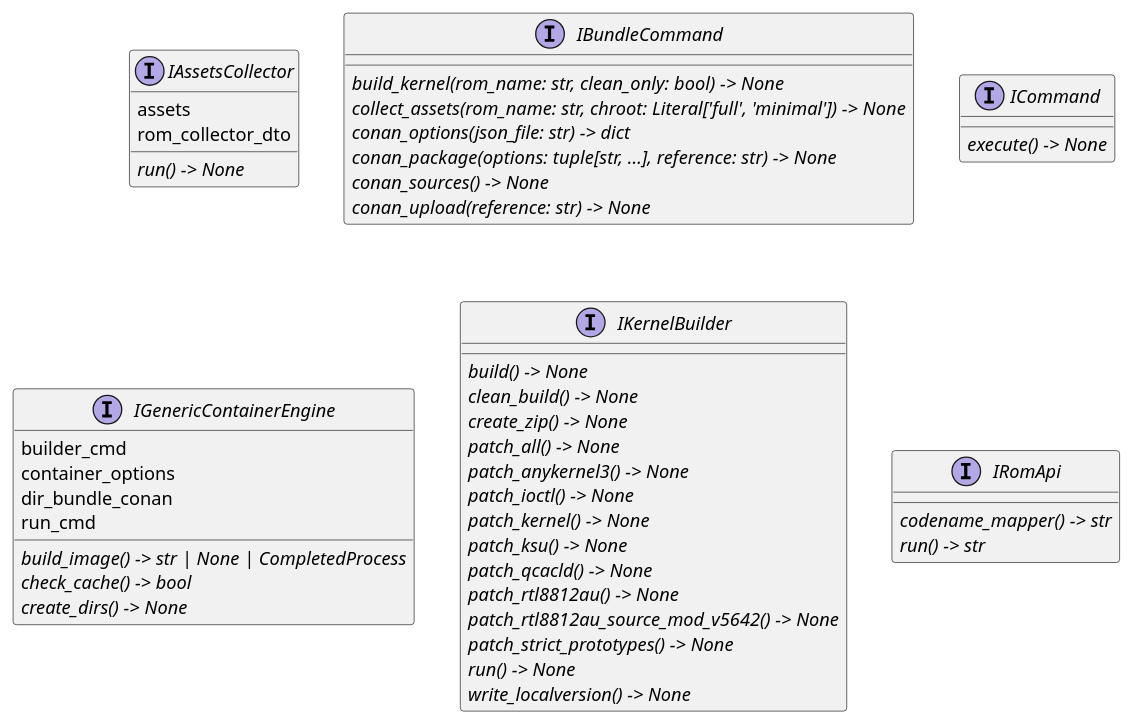
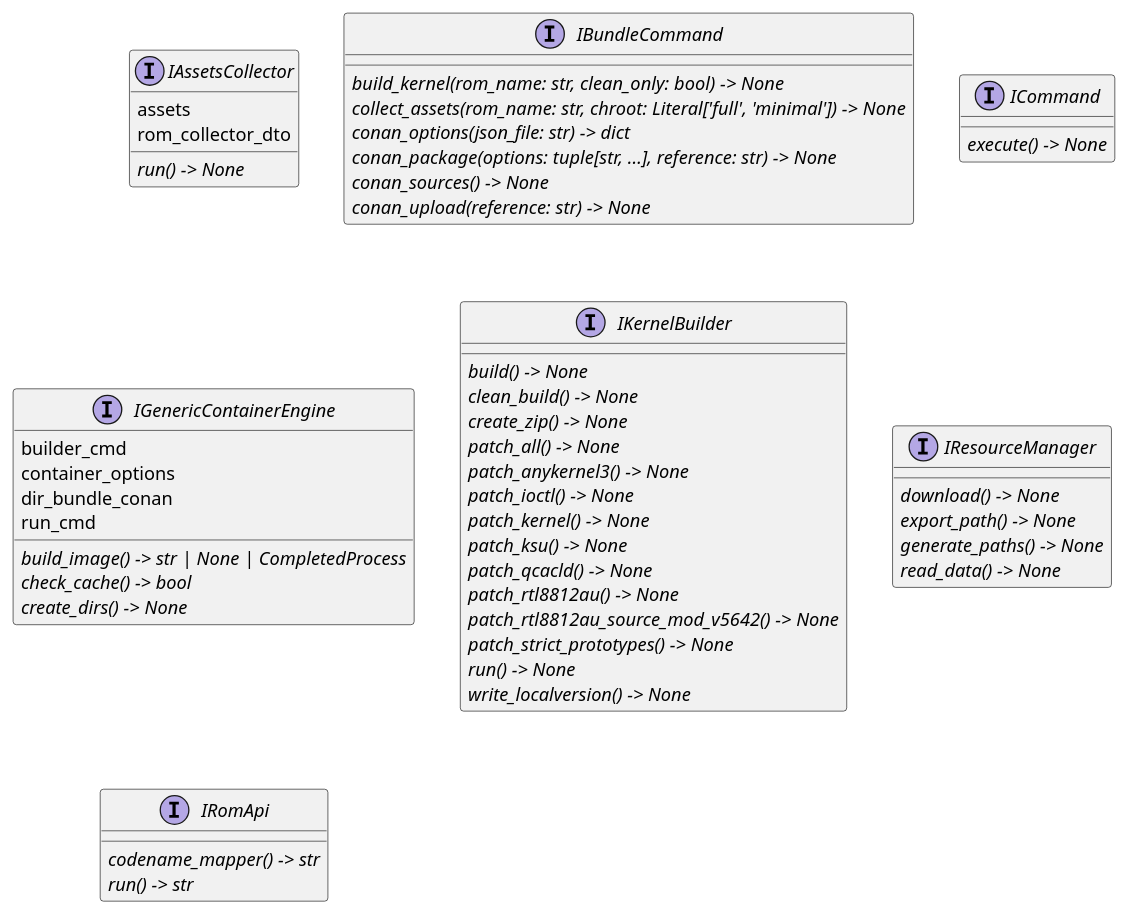
Before and after one commit to seppzer0/zero_kernel: the diagram in docs/architecture/interfaces/classes.puml, drawn with PlantUML. The commit also changed 2 other files, not shown here.

Commit message:
docs: update architecture docs

```diff
--- a/docs/architecture/interfaces/classes.puml
+++ b/docs/architecture/interfaces/classes.puml
@@ -1,48 +1,54 @@
 @startuml classes
 set namespaceSeparator none
 interface "IAssetsCollector" as interfaces.modules.IAssetsCollector {
   assets
   rom_collector_dto
   {abstract}run() -> None
 }
 interface "IBundleCommand" as interfaces.commands.IBundleCommand {
   {abstract}build_kernel(rom_name: str, clean_only: bool) -> None
   {abstract}collect_assets(rom_name: str, chroot: Literal['full', 'minimal']) -> None
   {abstract}conan_options(json_file: str) -> dict
   {abstract}conan_package(options: tuple[str, ...], reference: str) -> None
   {abstract}conan_sources() -> None
   {abstract}conan_upload(reference: str) -> None
 }
 interface "ICommand" as interfaces.commands.ICommand {
   {abstract}execute() -> None
 }
 interface "IGenericContainerEngine" as interfaces.engines.IGenericContainerEngine {
   builder_cmd
   container_options
   dir_bundle_conan
   run_cmd
   {abstract}build_image() -> str | None | CompletedProcess
   {abstract}check_cache() -> bool
   {abstract}create_dirs() -> None
 }
 interface "IKernelBuilder" as interfaces.modules.IKernelBuilder {
   {abstract}build() -> None
   {abstract}clean_build() -> None
   {abstract}create_zip() -> None
   {abstract}patch_all() -> None
   {abstract}patch_anykernel3() -> None
   {abstract}patch_ioctl() -> None
   {abstract}patch_kernel() -> None
   {abstract}patch_ksu() -> None
   {abstract}patch_qcacld() -> None
   {abstract}patch_rtl8812au() -> None
   {abstract}patch_rtl8812au_source_mod_v5642() -> None
   {abstract}patch_strict_prototypes() -> None
   {abstract}run() -> None
   {abstract}write_localversion() -> None
 }
+interface "IResourceManager" as interfaces.managers.IResourceManager {
+  {abstract}download() -> None
+  {abstract}export_path() -> None
+  {abstract}generate_paths() -> None
+  {abstract}read_data() -> None
+}
 interface "IRomApi" as interfaces.clients.IRomApi {
   {abstract}codename_mapper() -> str
   {abstract}run() -> str
 }
 @enduml
```
